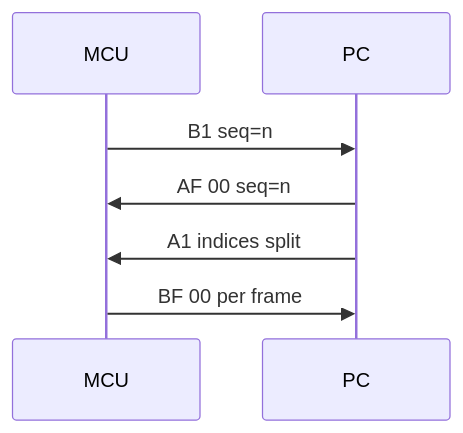
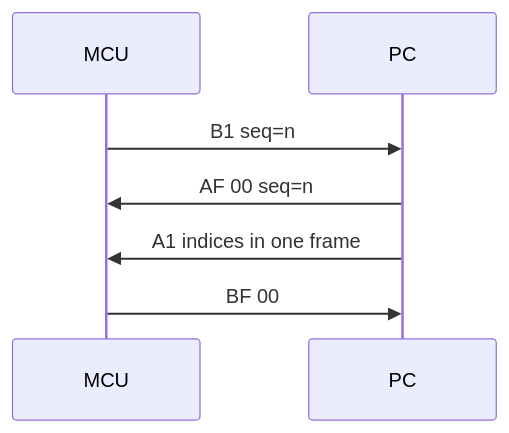
The second of 3 diagrams in README.md (yaoqih/material_identification_upper_computer), drawn with Mermaid before and after one commit. The commit also changed other lines of this file and 4 other files, not shown here.

````diff
--- a/README.md
+++ b/README.md
@@ -28,9 +28,9 @@
 ```mermaid
 sequenceDiagram
     participant MCU
     participant PC
     MCU->>PC: B1 seq=n
     PC->>MCU: AF 00 seq=n
-    PC->>MCU: A1 indices split
-    MCU->>PC: BF 00 per frame
+    PC->>MCU: A1 indices in one frame
+    MCU->>PC: BF 00
 ```
````
